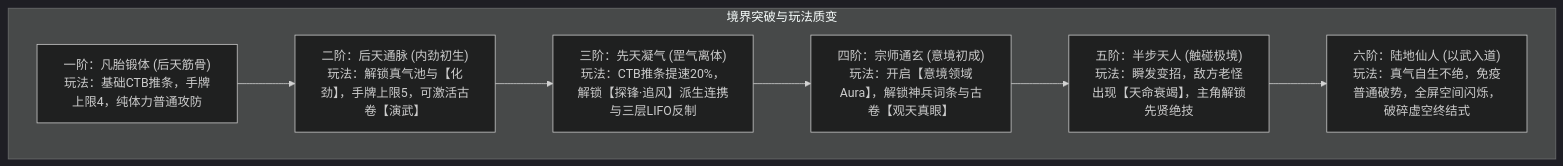
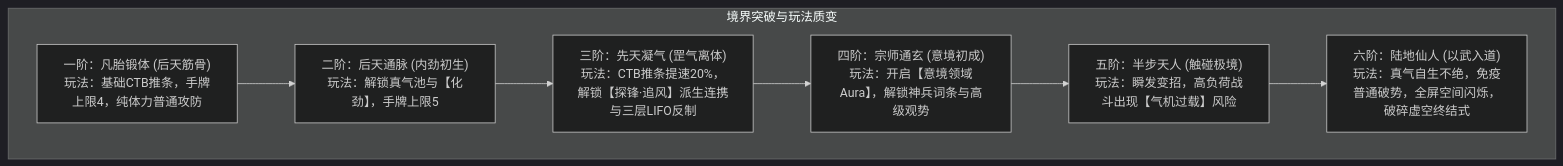
The diagram in docs/game-design/08-cultivation-and-combat.md (yup-21/game-dev), drawn with Mermaid (dark theme) before and after one commit. The commit also changed other lines of this file and 42 other files, not shown here.

````diff
--- a/docs/game-design/08-cultivation-and-combat.md
+++ b/docs/game-design/08-cultivation-and-combat.md
@@ -9,12 +11,12 @@
 ```mermaid
 graph TD
     subgraph 境界突破与玩法质变
         T1["一阶：凡胎锻体 (后天筋骨)\n玩法：基础CTB推条，手牌上限4，纯体力普通攻防"]
-        T2["二阶：后天通脉 (内劲初生)\n玩法：解锁真气池与【化劲】，手牌上限5，可激活古卷【演武】"]
+        T2["二阶：后天通脉 (内劲初生)\n玩法：解锁真气池与【化劲】，手牌上限5"]
         T3["三阶：先天凝气 (罡气离体)\n玩法：CTB推条提速20%，解锁【探锋·追风】派生连携与三层LIFO反制"]
-        T4["四阶：宗师通玄 (意境初成)\n玩法：开启【意境领域Aura】，解锁神兵词条与古卷【观天真眼】"]
-        T5["五阶：半步天人 (触碰极境)\n玩法：瞬发变招，敌方老怪出现【天命衰竭】，主角解锁先贤绝技"]
+        T4["四阶：宗师通玄 (意境初成)\n玩法：开启【意境领域Aura】，解锁神兵词条与高级观势"]
+        T5["五阶：半步天人 (触碰极境)\n玩法：瞬发变招，高负荷战斗出现【气机过载】风险"]
         T6["六阶：陆地仙人 (以武入道)\n玩法：真气自生不绝，免疫普通破势，全屏空间闪烁，破碎虚空终结式"]
     end
     T1 --> T2 --> T3 --> T4 --> T5 --> T6
 ```
````
